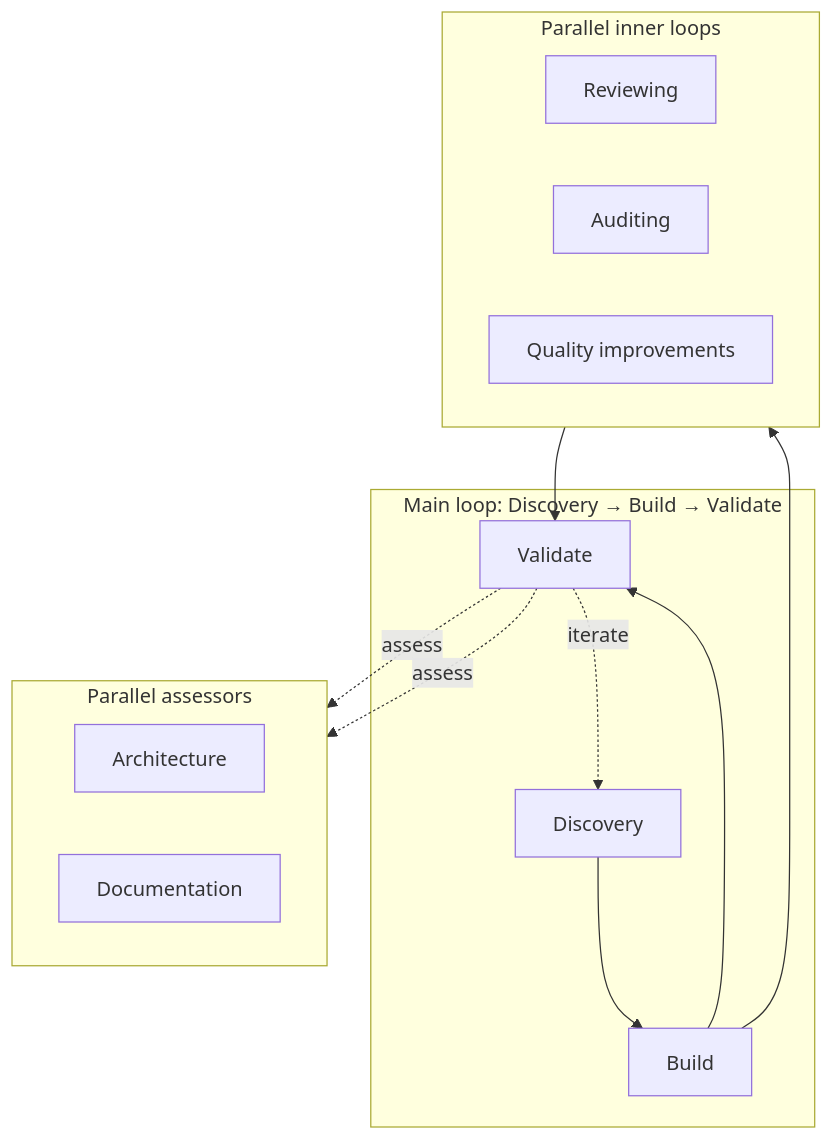
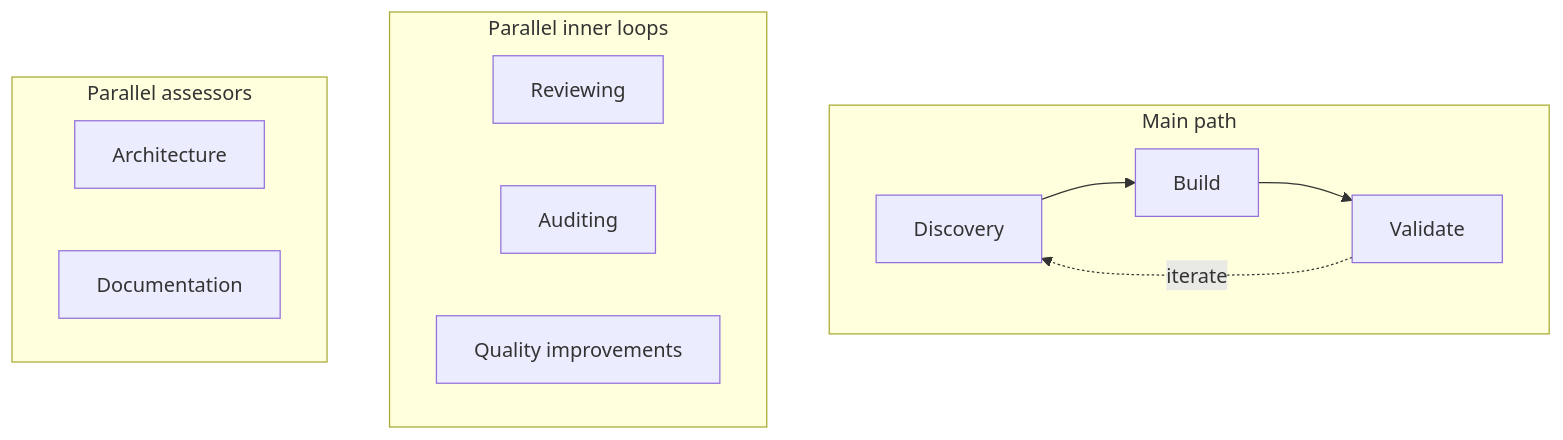
The diagram in README.md (david-gonzalez-pnw/david-gonzalez-pnw), drawn with Mermaid before and after one commit.

Commit message:
Simplify agentic loop diagram: main path one row, parallel rows below

````diff
--- a/README.md
+++ b/README.md
@@ -25,27 +25,21 @@
 ```mermaid
 flowchart TB
-  subgraph main [Main loop: Discovery → Build → Validate]
-    D[Discovery]
-    B[Build]
-    V[Validate]
+  subgraph main [Main path]
+    direction LR
+    D[Discovery] --> B[Build] --> V[Validate]
+    V -.->|iterate| D
   end
-  D --> B --> V
-  V -.->|iterate| D
 
   subgraph inner [Parallel inner loops]
     direction LR
     R[Reviewing]
     A[Auditing]
     Q[Quality improvements]
   end
-  B --> inner
-  inner --> V
 
   subgraph assessors [Parallel assessors]
     direction LR
     Arch[Architecture]
     Doc[Documentation]
   end
-  V -.->|assess| Arch
-  V -.->|assess| Doc
 ```
````
